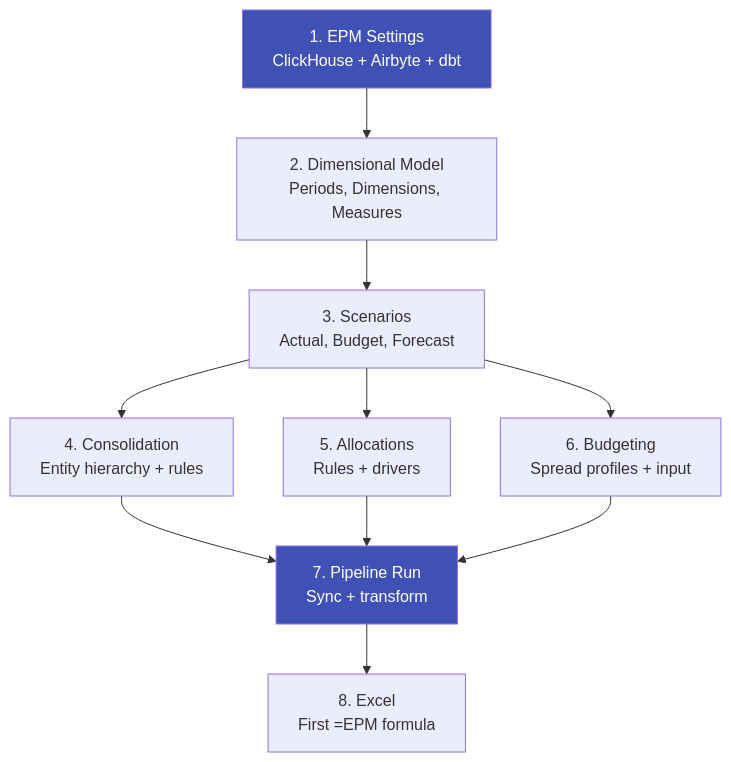
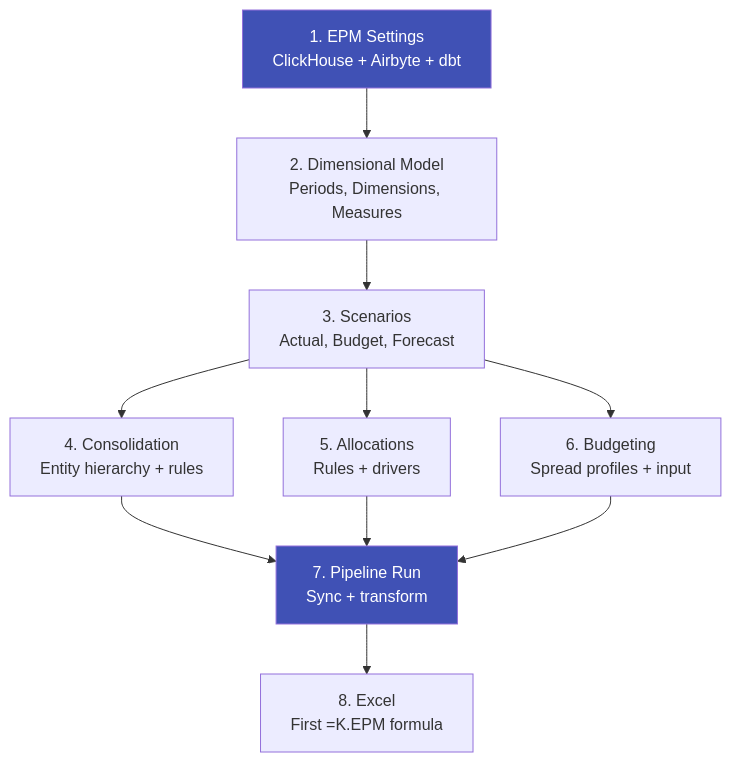
Before and after one commit to grynn-in/konsolidat: the first of 2 diagrams in docs/user-guide/initial-setup-guide.md, drawn with Mermaid. The commit also changed other lines of this file and 46 other files, not shown here.

````diff
--- a/docs/user-guide/initial-setup-guide.md
+++ b/docs/user-guide/initial-setup-guide.md
@@ -7,15 +7,15 @@
 ```mermaid
 graph TD
     EPM[1. EPM Settings<br/>ClickHouse + Airbyte + dbt] --> DIM[2. Dimensional Model<br/>Periods, Dimensions, Measures]
     DIM --> SCEN[3. Scenarios<br/>Actual, Budget, Forecast]
     SCEN --> CONSOL[4. Consolidation<br/>Entity hierarchy + rules]
     SCEN --> ALLOC[5. Allocations<br/>Rules + drivers]
     SCEN --> BUDGET[6. Budgeting<br/>Spread profiles + input]
     CONSOL --> PIPE[7. Pipeline Run<br/>Sync + transform]
     ALLOC --> PIPE
     BUDGET --> PIPE
-    PIPE --> EXCEL[8. Excel<br/>First =EPM formula]
+    PIPE --> EXCEL[8. Excel<br/>First =K.EPM formula]
 
     style EPM fill:#4051b5,color:#fff
     style PIPE fill:#4051b5,color:#fff
 ```
````
